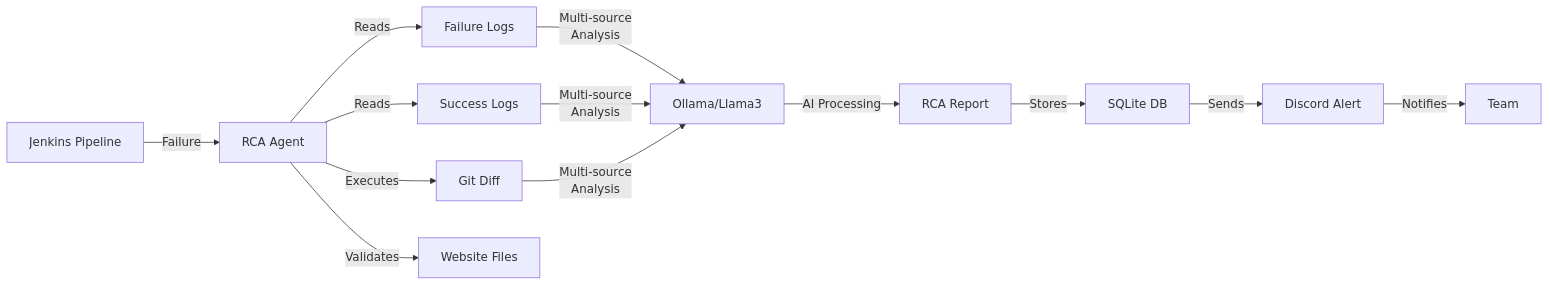
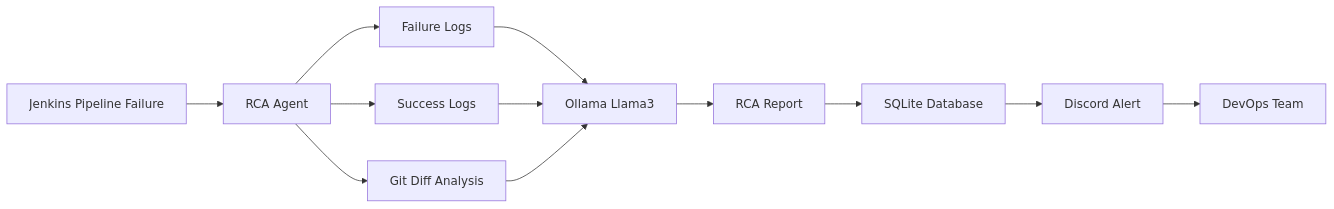
The first of 2 diagrams in README.md (S-THAMARAI-SELVAN/RCA_Bot), drawn with Mermaid before and after one commit. The commit also changed other lines of this file, not shown here.

````diff
--- a/README.md
+++ b/README.md
@@ -25,13 +99,22 @@
 ```mermaid
 graph LR
-    A["Jenkins Pipeline"] -->|Failure| B["RCA Agent"]
-    B -->|Reads| C["Failure Logs"]
-    B -->|Reads| D["Success Logs"]
-    B -->|Executes| E["Git Diff"]
-    C & D & E -->|Multi-source<br/>Analysis| F["Ollama/Llama3"]
-    F -->|AI Processing| G["RCA Report"]
-    G -->|Stores| H["SQLite DB"]
-    H -->|Sends| I["Discord Alert"]
-    I -->|Notifies| J["Team"]
-    B -->|Validates| K["Website Files"]
+
+A[Jenkins Pipeline Failure]
+--> B[RCA Agent]
+
+B --> C[Failure Logs]
+B --> D[Success Logs]
+B --> E[Git Diff Analysis]
+
+C --> F[Ollama Llama3]
+D --> F
+E --> F
+
+F --> G[RCA Report]
+
+G --> H[SQLite Database]
+
+H --> I[Discord Alert]
+
+I --> J[DevOps Team]
 ```
````
